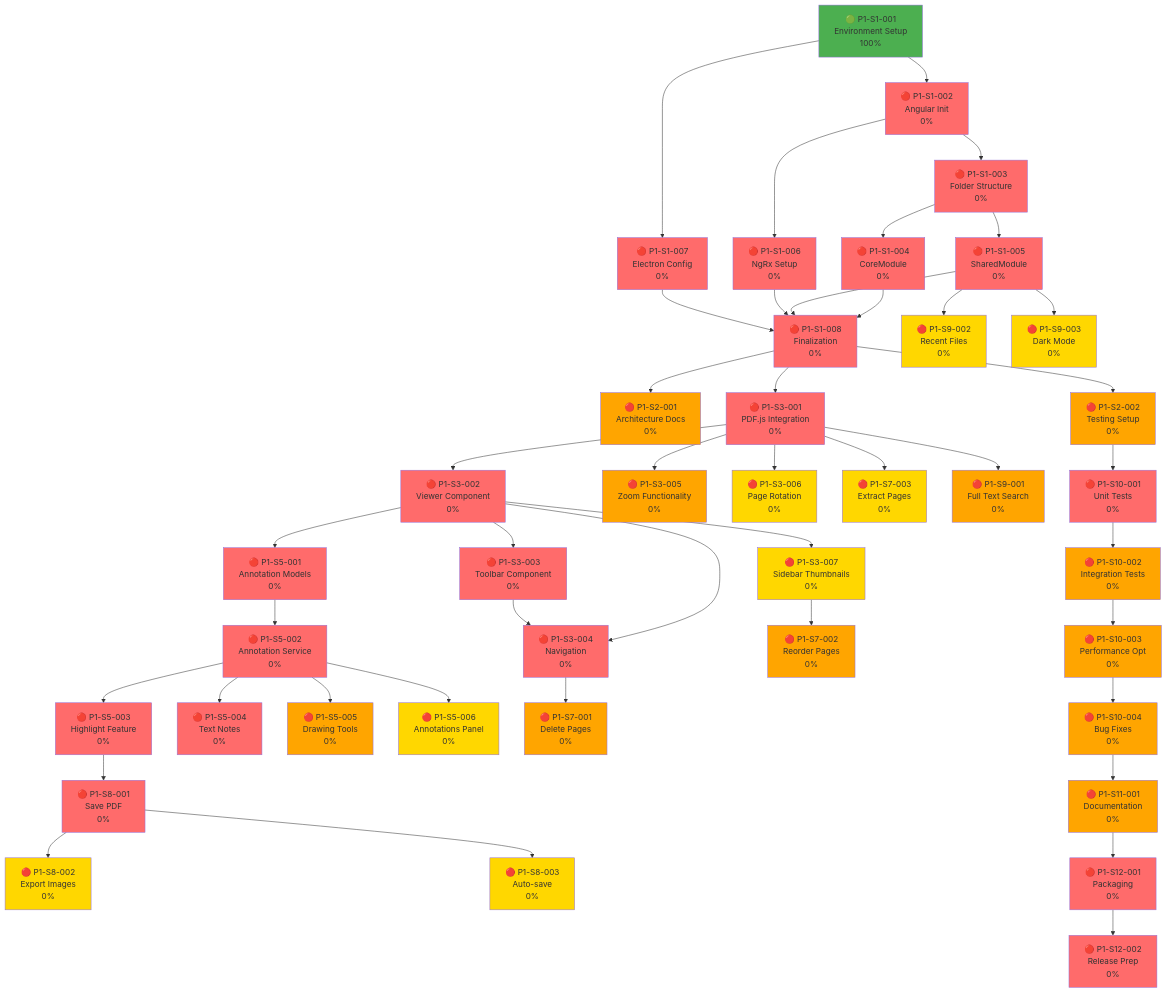
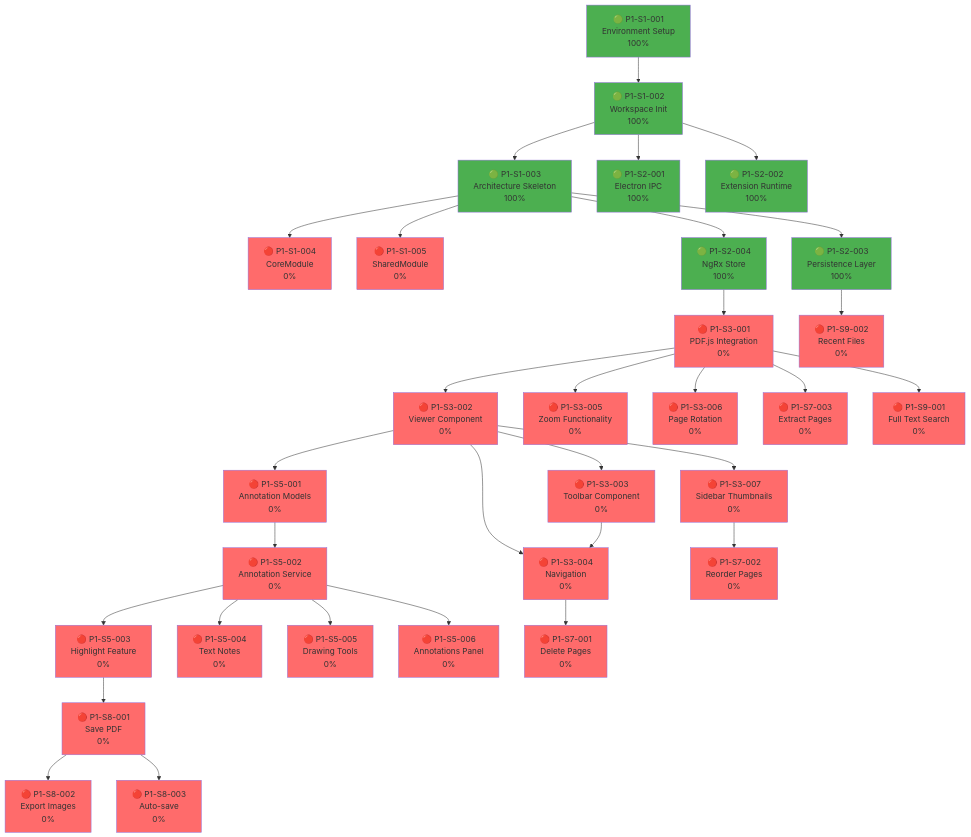
The diagram in master/CODE_COMPLETION_GRAPH.md (gullapudigupta/PDF), drawn with Mermaid before and after one commit. The commit also changed other lines of this file and 47 other files, not shown here.

````diff
--- a/master/CODE_COMPLETION_GRAPH.md
+++ b/master/CODE_COMPLETION_GRAPH.md
@@ -12,102 +12,76 @@
 ```mermaid
 graph TD
-    A["🟢 P1-S1-001<br/>Environment Setup<br/>100%"] --> B["🔴 P1-S1-002<br/>Angular Init<br/>0%"]
-    A --> C["🔴 P1-S1-007<br/>Electron Config<br/>0%"]
-    
-    B --> D["🔴 P1-S1-003<br/>Folder Structure<br/>0%"]
-    B --> E["🔴 P1-S1-006<br/>NgRx Setup<br/>0%"]
-    
+    A["🟢 P1-S1-001<br/>Environment Setup<br/>100%"] --> B["🟢 P1-S1-002<br/>Workspace Init<br/>100%"]
+
+    B --> D["🟢 P1-S1-003<br/>Architecture Skeleton<br/>100%"]
+
     D --> F["🔴 P1-S1-004<br/>CoreModule<br/>0%"]
     D --> G["🔴 P1-S1-005<br/>SharedModule<br/>0%"]
-    
-    F --> H["🔴 P1-S1-008<br/>Finalization<br/>0%"]
-    G --> H
-    E --> H
-    C --> H
-    
-    H --> I["🔴 P1-S2-001<br/>Architecture Docs<br/>0%"]
-    H --> J["🔴 P1-S2-002<br/>Testing Setup<br/>0%"]
-    
-    H --> K["🔴 P1-S3-001<br/>PDF.js Integration<br/>0%"]
-    
-    K --> L["🔴 P1-S3-002<br/>Viewer Component<br/>0%"]
-    K --> M["🔴 P1-S3-005<br/>Zoom Functionality<br/>0%"]
-    K --> N["🔴 P1-S3-006<br/>Page Rotation<br/>0%"]
-    
-    L --> O["🔴 P1-S3-003<br/>Toolbar Component<br/>0%"]
-    L --> P["🔴 P1-S3-004<br/>Navigation<br/>0%"]
-    L --> Q["🔴 P1-S3-007<br/>Sidebar Thumbnails<br/>0%"]
-    
-    O --> P
-    
-    L --> R["🔴 P1-S5-001<br/>Annotation Models<br/>0%"]
-    
-    R --> S["🔴 P1-S5-002<br/>Annotation Service<br/>0%"]
-    S --> T["🔴 P1-S5-003<br/>Highlight Feature<br/>0%"]
-    S --> U["🔴 P1-S5-004<br/>Text Notes<br/>0%"]
-    S --> V["🔴 P1-S5-005<br/>Drawing Tools<br/>0%"]
-    S --> W["🔴 P1-S5-006<br/>Annotations Panel<br/>0%"]
-    
-    P --> X["🔴 P1-S7-001<br/>Delete Pages<br/>0%"]
-    Q --> Y["🔴 P1-S7-002<br/>Reorder Pages<br/>0%"]
-    K --> Z["🔴 P1-S7-003<br/>Extract Pages<br/>0%"]
-    
-    T --> AA["🔴 P1-S8-001<br/>Save PDF<br/>0%"]
-    AA --> AB["🔴 P1-S8-002<br/>Export Images<br/>0%"]
-    AA --> AC["🔴 P1-S8-003<br/>Auto-save<br/>0%"]
-    
-    K --> AD["🔴 P1-S9-001<br/>Full Text Search<br/>0%"]
-    G --> AE["🔴 P1-S9-002<br/>Recent Files<br/>0%"]
-    G --> AF["🔴 P1-S9-003<br/>Dark Mode<br/>0%"]
-    
-    J --> AG["🔴 P1-S10-001<br/>Unit Tests<br/>0%"]
-    AG --> AH["🔴 P1-S10-002<br/>Integration Tests<br/>0%"]
-    
-    AH --> AI["🔴 P1-S10-003<br/>Performance Opt<br/>0%"]
-    AI --> AJ["🔴 P1-S10-004<br/>Bug Fixes<br/>0%"]
-    
-    AJ --> AK["🔴 P1-S11-001<br/>Documentation<br/>0%"]
-    
-    AK --> AL["🔴 P1-S12-001<br/>Packaging<br/>0%"]
-    AL --> AM["🔴 P1-S12-002<br/>Release Prep<br/>0%"]
-    
+
+    B --> H["🟢 P1-S2-001<br/>Electron IPC<br/>100%"]
+    B --> I["🟢 P1-S2-002<br/>Extension Runtime<br/>100%"]
+    D --> J["🟢 P1-S2-003<br/>Persistence Layer<br/>100%"]
+    D --> K["🟢 P1-S2-004<br/>NgRx Store<br/>100%"]
+
+    K --> L["🔴 P1-S3-001<br/>PDF.js Integration<br/>0%"]
+
+    L --> M["🔴 P1-S3-002<br/>Viewer Component<br/>0%"]
+    L --> N["🔴 P1-S3-005<br/>Zoom Functionality<br/>0%"]
+    L --> O["🔴 P1-S3-006<br/>Page Rotation<br/>0%"]
+
+    M --> P["🔴 P1-S3-003<br/>Toolbar Component<br/>0%"]
+    M --> Q["🔴 P1-S3-004<br/>Navigation<br/>0%"]
+    M --> R["🔴 P1-S3-007<br/>Sidebar Thumbnails<br/>0%"]
+
+    P --> Q
+
+    M --> S["🔴 P1-S5-001<br/>Annotation Models<br/>0%"]
+
+    S --> T["🔴 P1-S5-002<br/>Annotation Service<br/>0%"]
+    T --> U["🔴 P1-S5-003<br/>Highlight Feature<br/>0%"]
+    T --> V["🔴 P1-S5-004<br/>Text Notes<br/>0%"]
+    T --> W["🔴 P1-S5-005<br/>Drawing Tools<br/>0%"]
+    T --> X["🔴 P1-S5-006<br/>Annotations Panel<br/>0%"]
+
+    Q --> Y["🔴 P1-S7-001<br/>Delete Pages<br/>0%"]
+    R --> Z["🔴 P1-S7-002<br/>Reorder Pages<br/>0%"]
+    L --> AA["🔴 P1-S7-003<br/>Extract Pages<br/>0%"]
+
+    U --> AB["🔴 P1-S8-001<br/>Save PDF<br/>0%"]
+    AB --> AC["🔴 P1-S8-002<br/>Export Images<br/>0%"]
+    AB --> AD["🔴 P1-S8-003<br/>Auto-save<br/>0%"]
+
+    L --> AE["🔴 P1-S9-001<br/>Full Text Search<br/>0%"]
+    J --> AF["🔴 P1-S9-002<br/>Recent Files<br/>0%"]
+
     style A fill:#4caf50
-    style B fill:#ff6b6b
-    style C fill:#ff6b6b
-    style D fill:#ff6b6b
-    style E fill:#ff6b6b
+    style B fill:#4caf50
+    style D fill:#4caf50
+    style H fill:#4caf50
+    style I fill:#4caf50
+    style J fill:#4caf50
+    style K fill:#4caf50
     style F fill:#ff6b6b
     style G fill:#ff6b6b
-    style H fill:#ff6b6b
-    style I fill:#ffa500
-    style J fill:#ffa500
-    style K fill:#ff6b6b
     style L fill:#ff6b6b
-    style M fill:#ffa500
-    style N fill:#ffd700
+    style M fill:#ff6b6b
+    style N fill:#ff6b6b
     style O fill:#ff6b6b
     style P fill:#ff6b6b
-    style Q fill:#ffd700
+    style Q fill:#ff6b6b
     style R fill:#ff6b6b
     style S fill:#ff6b6b
     style T fill:#ff6b6b
     style U fill:#ff6b6b
-    style V fill:#ffa500
-    style W fill:#ffd700
-    style X fill:#ffa500
-    style Y fill:#ffa500
-    style Z fill:#ffd700
+    style V fill:#ff6b6b
+    style W fill:#ff6b6b
+    style X fill:#ff6b6b
+    style Y fill:#ff6b6b
+    style Z fill:#ff6b6b
     style AA fill:#ff6b6b
-    style AB fill:#ffd700
-    style AC fill:#ffd700
-    style AD fill:#ffa500
-    style AE fill:#ffd700
-    style AF fill:#ffd700
-    style AG fill:#ff6b6b
-    style AH fill:#ffa500
-    style AI fill:#ffa500
-    style AJ fill:#ffa500
-    style AK fill:#ffa500
-    style AL fill:#ff6b6b
-    style AM fill:#ff6b6b
+    style AB fill:#ff6b6b
+    style AC fill:#ff6b6b
+    style AD fill:#ff6b6b
+    style AE fill:#ff6b6b
+    style AF fill:#ff6b6b
 ```
````
